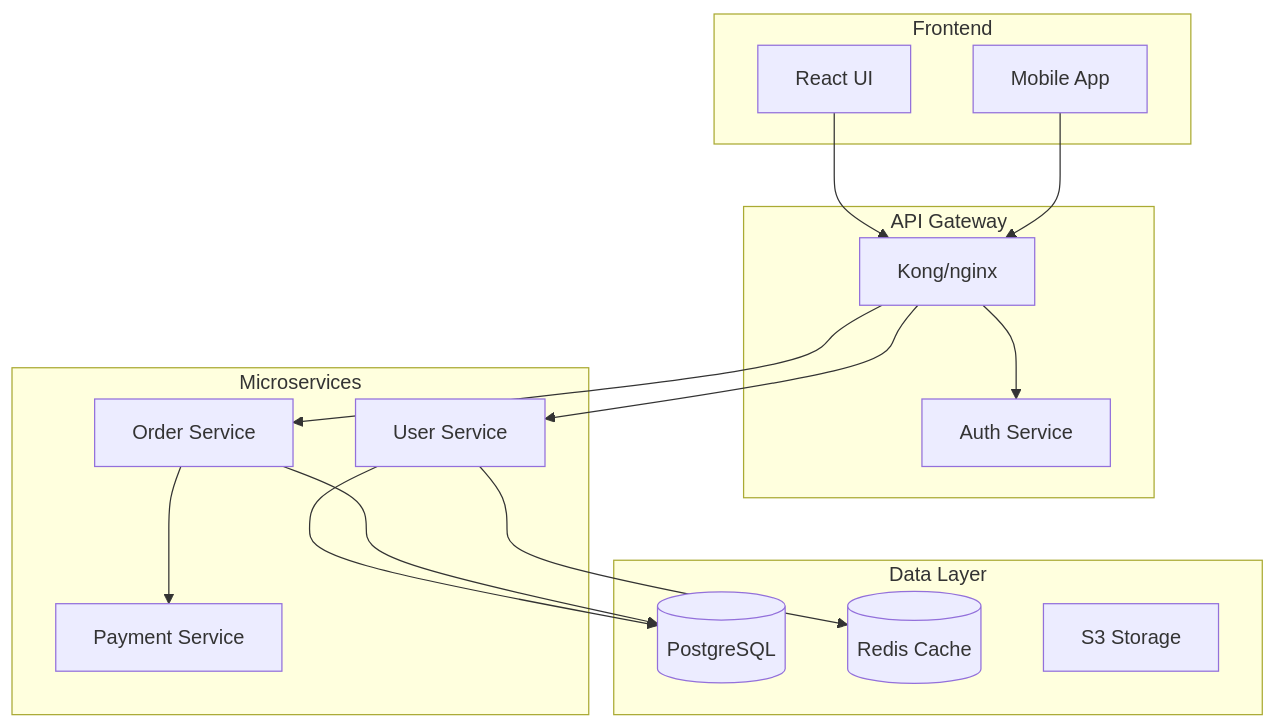
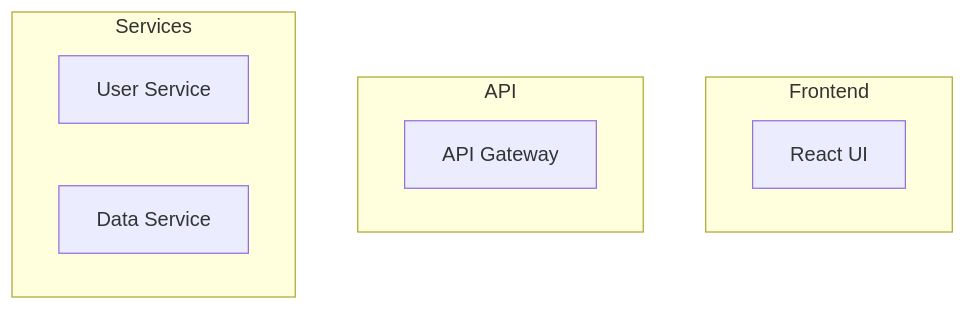
One commit to imewei/MyClaude changed the diagram in plugins/code-documentation/commands/doc-generate.md. Above: the diagram before and after it, drawn with Mermaid. The commit also changed other lines of this file and 15 other files, not shown here.

````diff
--- a/plugins/code-documentation/commands/doc-generate.md
+++ b/plugins/code-documentation/commands/doc-generate.md
@@ -216,34 +143,13 @@
 ```mermaid
 graph TB
     subgraph "Frontend"
         UI[React UI]
-        Mobile[Mobile App]
     end
-
-    subgraph "API Gateway"
-        Gateway[Kong/nginx]
-        Auth[Auth Service]
+    subgraph "API"
+        Gateway[API Gateway]
     end
-
-    subgraph "Microservices"
+    subgraph "Services"
         UserService[User Service]
-        OrderService[Order Service]
-        PaymentService[Payment Service]
+        DataService[Data Service]
     end
-
-    subgraph "Data Layer"
-        PostgresMain[(PostgreSQL)]
-        Redis[(Redis Cache)]
-        S3[S3 Storage]
-    end
-
-    UI --> Gateway
-    Mobile --> Gateway
-    Gateway --> Auth
-    Gateway --> UserService
-    Gateway --> OrderService
-    OrderService --> PaymentService
-    UserService --> PostgresMain
-    UserService --> Redis
-    OrderService --> PostgresMain
 ```
````
